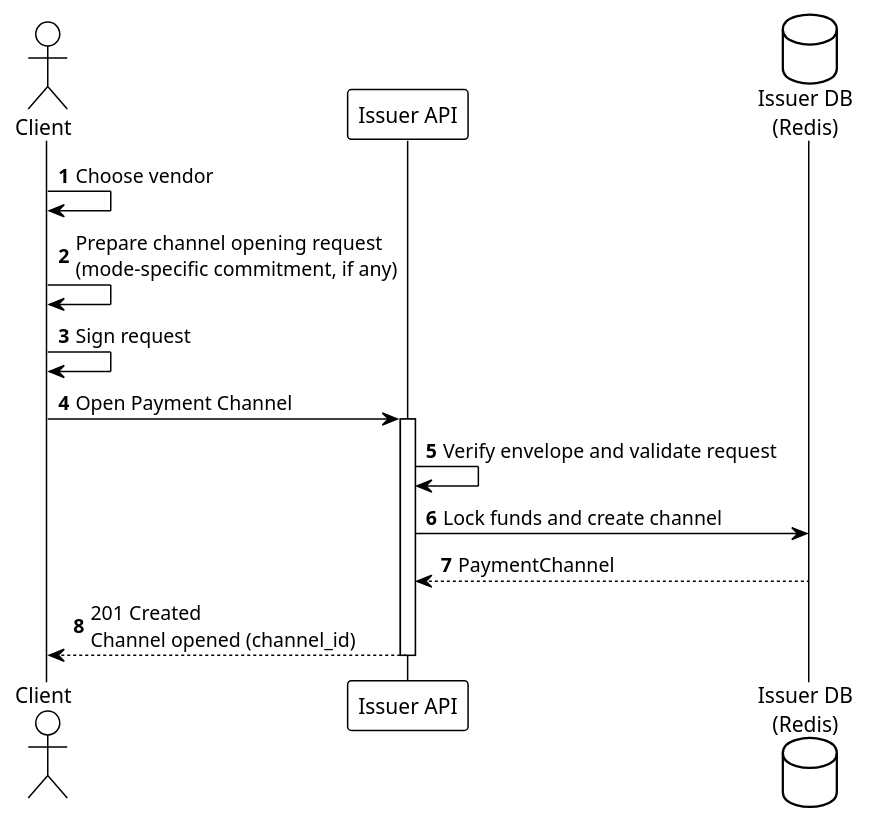
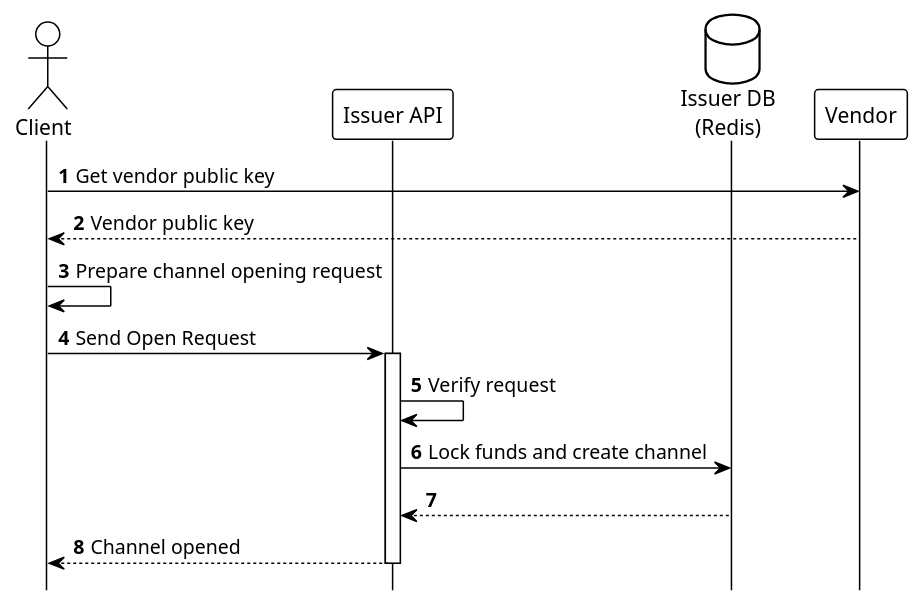
One commit to otaviootavio/nanomoni changed the diagram in umls/phase1b-channel-opening.puml. Above: the diagram before and after it, drawn with PlantUML. The commit also changed 6 other files, not shown here.

First line of the commit message:
Refactor UML diagrams for clarity and consistency

```diff
--- a/umls/phase1b-channel-opening.puml
+++ b/umls/phase1b-channel-opening.puml
@@ -1,24 +1,26 @@
 @startuml Phase1b_Channel_Opening
 
 !theme plain
 autonumber
 
+hide footbox
+
 actor "Client" as Client
 participant "Issuer API" as Issuer
 database "Issuer DB\n(Redis)" as IssuerDB
 
-Client -> Client: Choose vendor
-Client -> Client: Prepare channel opening request\n(mode-specific commitment, if any)
-Client -> Client: Sign request
+Client -> Vendor: Get vendor public key
+Vendor --> Client: Vendor public key
+Client -> Client: Prepare channel opening request
 
-Client -> Issuer: Open Payment Channel
+Client -> Issuer: Send Open Request
 activate Issuer
 
-Issuer -> Issuer: Verify envelope and validate request
+Issuer -> Issuer: Verify request
 Issuer -> IssuerDB: Lock funds and create channel
-IssuerDB --> Issuer: PaymentChannel
+IssuerDB --> Issuer: 
 
-Issuer --> Client: 201 Created\nChannel opened (channel_id)
+Issuer --> Client: Channel opened
 deactivate Issuer
 
 @enduml
```
